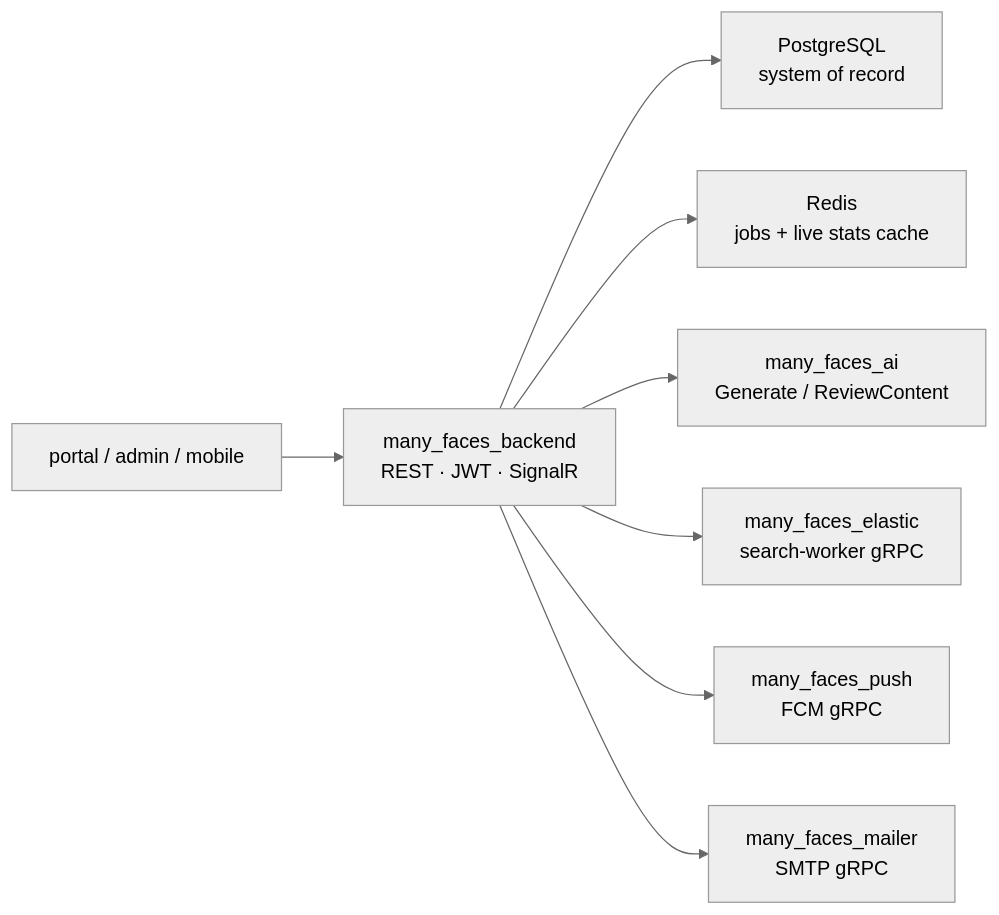
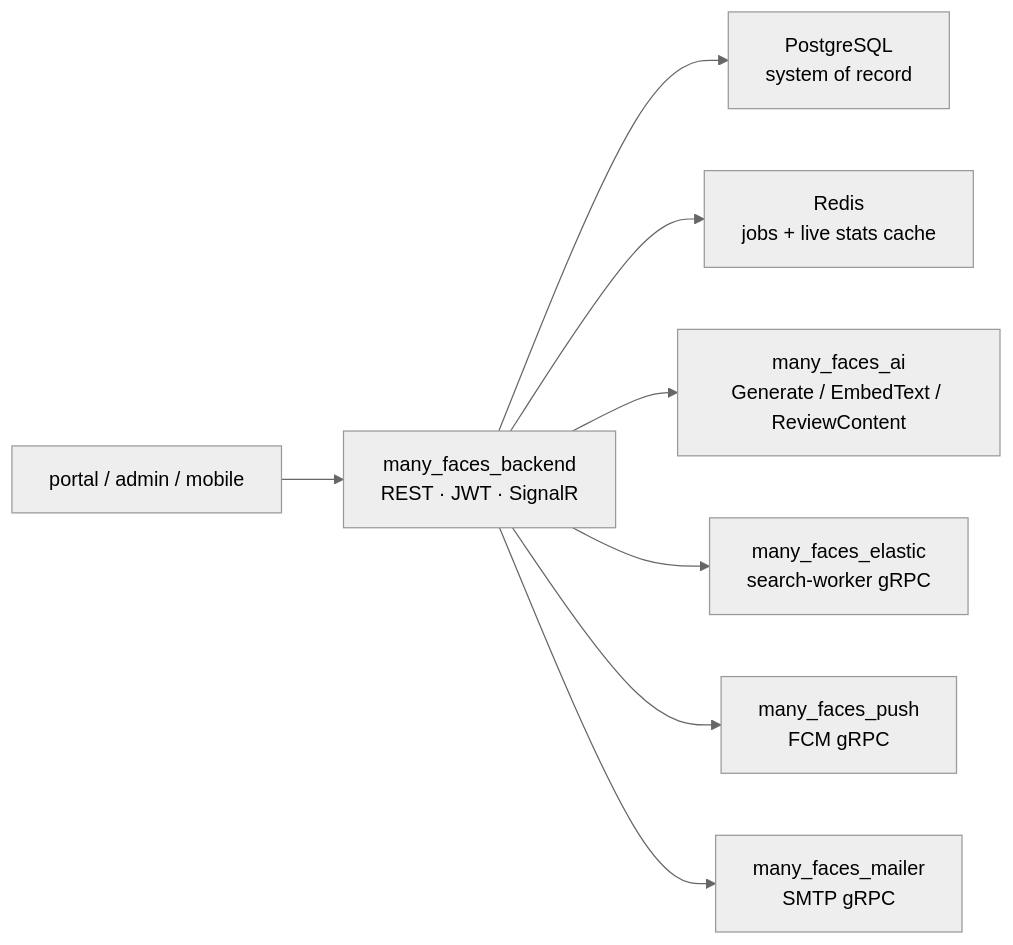
The first of 8 diagrams in README.md (01laky/many_faces_backend), drawn with Mermaid (neutral theme) before and after one commit. The commit also changed other lines of this file, not shown here.

````diff
--- a/README.md
+++ b/README.md
@@ -42,10 +42,10 @@
 ```mermaid
 flowchart LR
     clients["portal / admin / mobile"] --> api["many_faces_backend<br/>REST · JWT · SignalR"]
     api --> pg["PostgreSQL<br/>system of record"]
     api --> redis["Redis<br/>jobs + live stats cache"]
-    api --> ai["many_faces_ai<br/>Generate / ReviewContent"]
+    api --> ai["many_faces_ai<br/>Generate / EmbedText / ReviewContent"]
     api --> search["many_faces_elastic<br/>search-worker gRPC"]
     api --> push["many_faces_push<br/>FCM gRPC"]
     api --> mailer["many_faces_mailer<br/>SMTP gRPC"]
 ```
````
